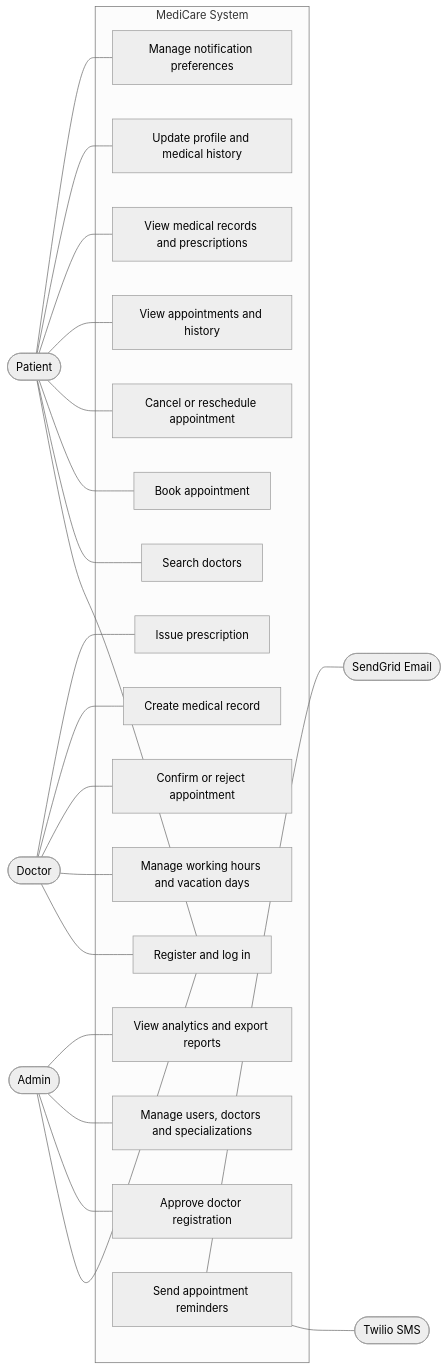
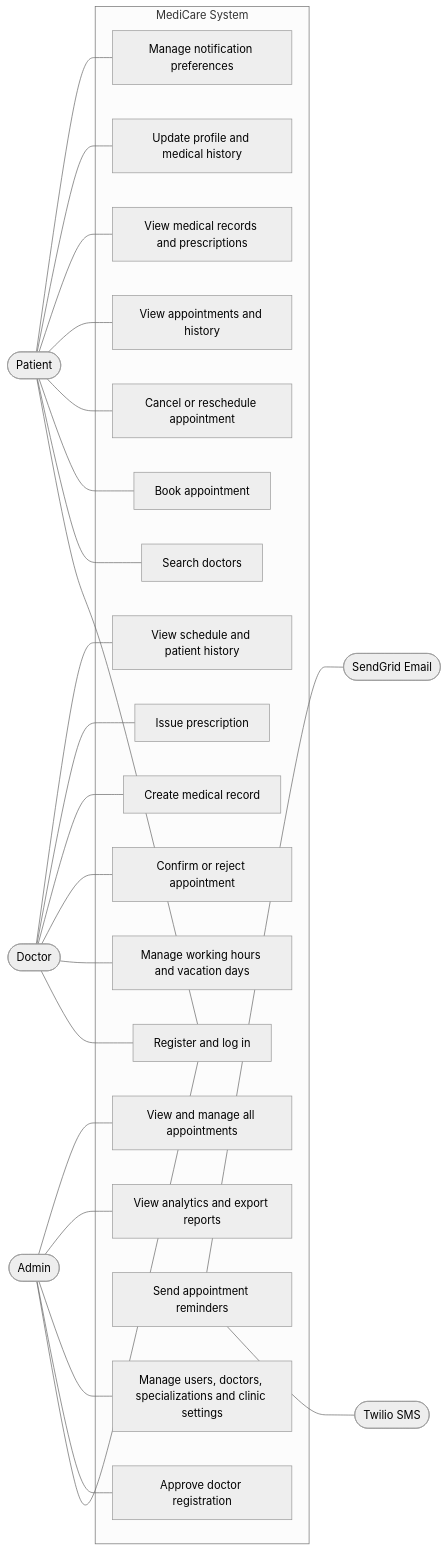
Before and after one commit to amnaa27/medicare-clinic-management: the first of 18 diagrams in docs/4-System-Analysis-and-Design.md, drawn with Mermaid (neutral theme). The commit also changed other lines of this file and 12 other files, not shown here.

````diff
--- a/docs/4-System-Analysis-and-Design.md
+++ b/docs/4-System-Analysis-and-Design.md
@@ -20,47 +20,51 @@
 ```mermaid
 flowchart LR
     Patient([Patient])
     Doctor([Doctor])
     Admin([Admin])
     Sms([Twilio SMS])
     Mail([SendGrid Email])
 
     subgraph sys ["MediCare System"]
         UC1["Register and log in"]
         UC2["Search doctors"]
         UC3["Book appointment"]
         UC4["Cancel or reschedule appointment"]
         UC5["View appointments and history"]
         UC6["View medical records and prescriptions"]
         UC7["Update profile and medical history"]
         UC8["Manage notification preferences"]
         UC9["Manage working hours and vacation days"]
         UC10["Confirm or reject appointment"]
         UC11["Create medical record"]
         UC12["Issue prescription"]
         UC13["Approve doctor registration"]
-        UC14["Manage users, doctors and specializations"]
+        UC14["Manage users, doctors, specializations and clinic settings"]
         UC15["View analytics and export reports"]
         UC16["Send appointment reminders"]
+        UC17["View schedule and patient history"]
+        UC18["View and manage all appointments"]
     end
 
     Patient --- UC1
     Patient --- UC2
     Patient --- UC3
     Patient --- UC4
     Patient --- UC5
     Patient --- UC6
     Patient --- UC7
     Patient --- UC8
     Doctor --- UC1
     Doctor --- UC9
     Doctor --- UC10
     Doctor --- UC11
     Doctor --- UC12
+    Doctor --- UC17
     Admin --- UC1
     Admin --- UC13
     Admin --- UC14
     Admin --- UC15
+    Admin --- UC18
     UC16 --- Sms
     UC16 --- Mail
 ```
````
